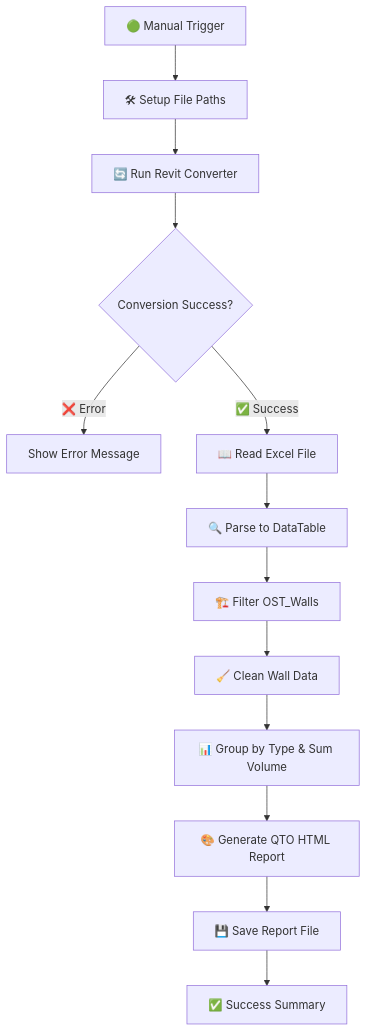
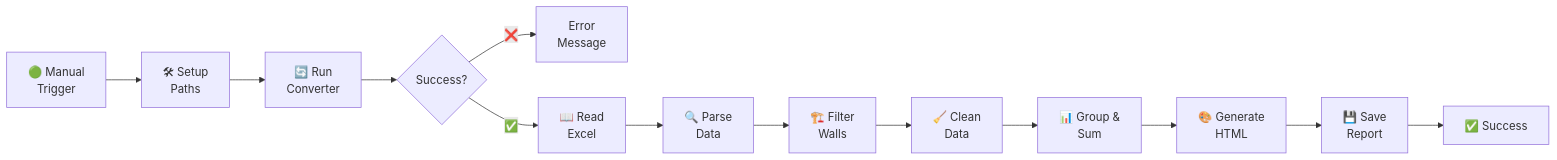
The fourth of 4 diagrams in README.md (ehtick/cad2data-Revit-IFC-DWG-DGN-pipeline-with-conversion-validation-qto), drawn with Mermaid before and after one commit. The commit also changed other lines of this file, not shown here.

````diff
--- a/README.md
+++ b/README.md
@@ -380,15 +380,15 @@
 ```mermaid
-graph TD;
-    A[🟢 Manual Trigger] --> B[🛠 Setup File Paths]
-    B --> C[🔄 Run Revit Converter]
-    C --> D{Conversion Success?}
-    D -->|❌ Error| E[Show Error Message]
-    D -->|✅ Success| F[📖 Read Excel File]
-    F --> G[🔍 Parse to DataTable]
-    G --> H[🏗️ Filter OST_Walls]
-    H --> I[🧹 Clean Wall Data]
-    I --> J[📊 Group by Type & Sum Volume]
-    J --> K[🎨 Generate QTO HTML Report]
-    K --> L[💾 Save Report File]
-    L --> M[✅ Success Summary]
+graph LR;
+    A[🟢 Manual<br/>Trigger] --> B[🛠 Setup<br/>Paths]
+    B --> C[🔄 Run<br/>Converter]
+    C --> D{Success?}
+    D -->|❌| E[Error<br/>Message]
+    D -->|✅| F[📖 Read<br/>Excel]
+    F --> G[🔍 Parse<br/>Data]
+    G --> H[🏗️ Filter<br/>Walls]
+    H --> I[🧹 Clean<br/>Data]
+    I --> J[📊 Group &<br/>Sum]
+    J --> K[🎨 Generate<br/>HTML]
+    K --> L[💾 Save<br/>Report]
+    L --> M[✅ Success]
 ```
````
